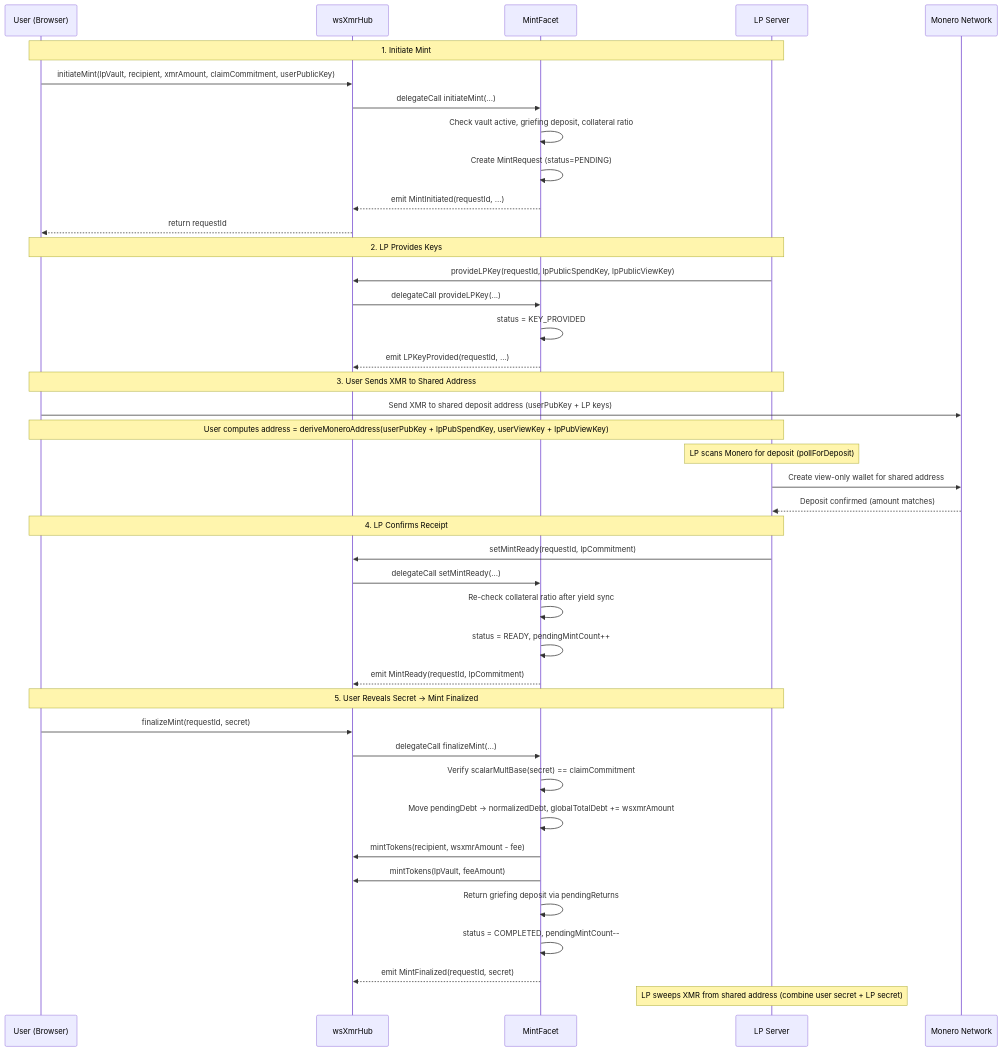
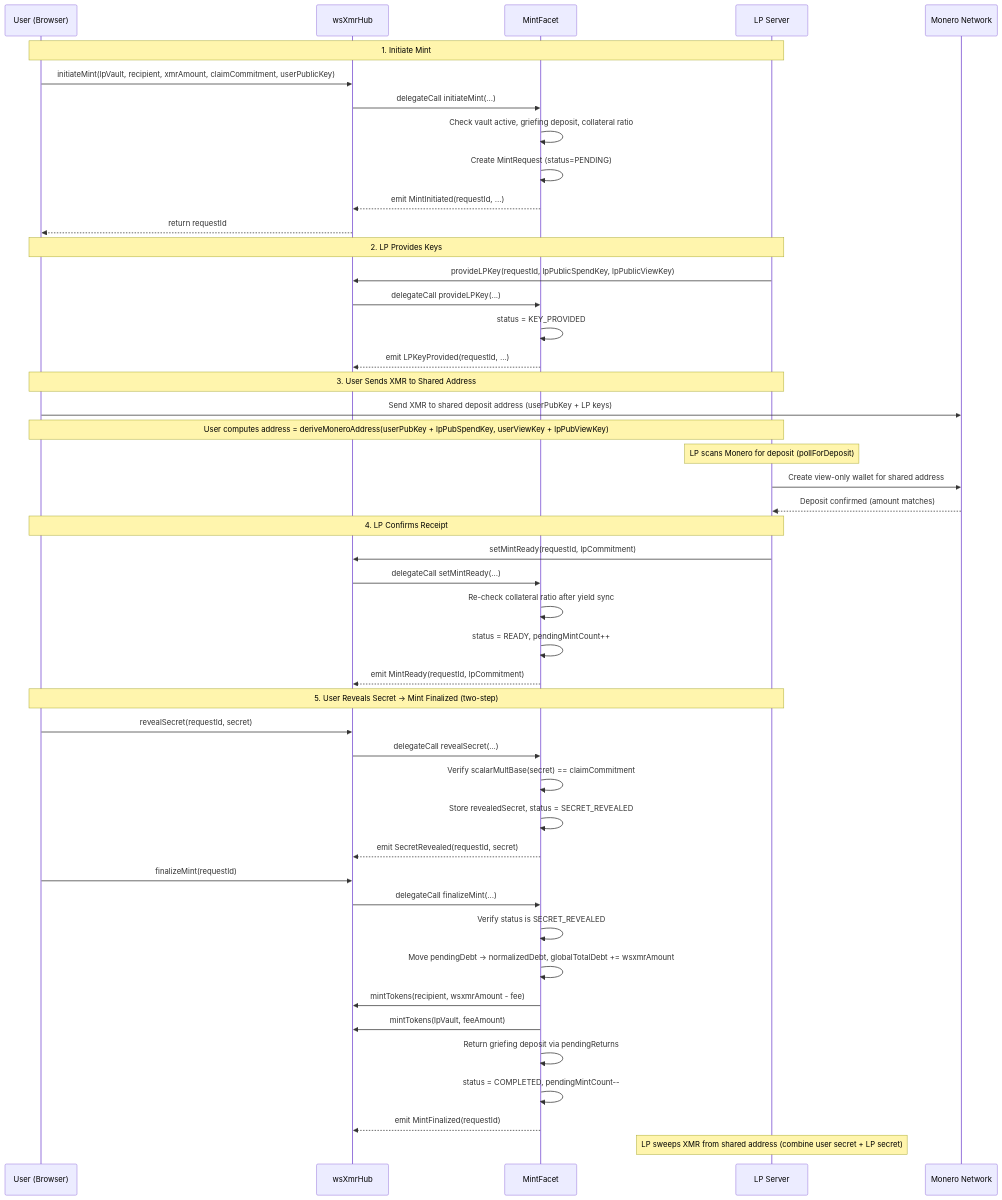
Diagram 20 of 27 in docs/sequenceDiagrams.md (madschristensen99/wrapsynth), drawn with Mermaid before and after one commit. The commit also changed other lines of this file and 5 other files, not shown here.

Commit message:
Update frontend contract addresses, Monero SVG, sequence diagrams, README beta status + Aave Arc launch

````diff
--- a/docs/sequenceDiagrams.md
+++ b/docs/sequenceDiagrams.md
@@ -947,50 +955,56 @@
 ```mermaid
 sequenceDiagram
     participant User as User (Browser)
     participant Hub as wsXmrHub
     participant Mint as MintFacet
     participant LP as LP Server
     participant XMR as Monero Network
 
     Note over User,LP: 1. Initiate Mint
     User->>Hub: initiateMint(lpVault, recipient, xmrAmount, claimCommitment, userPublicKey)
     Hub->>Mint: delegateCall initiateMint(...)
     Mint->>Mint: Check vault active, griefing deposit, collateral ratio
     Mint->>Mint: Create MintRequest (status=PENDING)
     Mint-->>Hub: emit MintInitiated(requestId, ...)
     Hub-->>User: return requestId
 
     Note over User,LP: 2. LP Provides Keys
     LP->>Hub: provideLPKey(requestId, lpPublicSpendKey, lpPublicViewKey)
     Hub->>Mint: delegateCall provideLPKey(...)
     Mint->>Mint: status = KEY_PROVIDED
     Mint-->>Hub: emit LPKeyProvided(requestId, ...)
 
     Note over User,LP: 3. User Sends XMR to Shared Address
     User->>XMR: Send XMR to shared deposit address (userPubKey + LP keys)
     Note over User,LP: User computes address = deriveMoneroAddress(userPubKey + lpPubSpendKey, userViewKey + lpPubViewKey)
 
     Note over LP: LP scans Monero for deposit (pollForDeposit)
     LP->>XMR: Create view-only wallet for shared address
     XMR-->>LP: Deposit confirmed (amount matches)
 
     Note over User,LP: 4. LP Confirms Receipt
     LP->>Hub: setMintReady(requestId, lpCommitment)
     Hub->>Mint: delegateCall setMintReady(...)
     Mint->>Mint: Re-check collateral ratio after yield sync
     Mint->>Mint: status = READY, pendingMintCount++
     Mint-->>Hub: emit MintReady(requestId, lpCommitment)
 
-    Note over User,LP: 5. User Reveals Secret → Mint Finalized
-    User->>Hub: finalizeMint(requestId, secret)
+    Note over User,LP: 5. User Reveals Secret → Mint Finalized (two-step)
+    User->>Hub: revealSecret(requestId, secret)
+    Hub->>Mint: delegateCall revealSecret(...)
+    Mint->>Mint: Verify scalarMultBase(secret) == claimCommitment
+    Mint->>Mint: Store revealedSecret, status = SECRET_REVEALED
+    Mint-->>Hub: emit SecretRevealed(requestId, secret)
+
+    User->>Hub: finalizeMint(requestId)
     Hub->>Mint: delegateCall finalizeMint(...)
-    Mint->>Mint: Verify scalarMultBase(secret) == claimCommitment
+    Mint->>Mint: Verify status is SECRET_REVEALED
     Mint->>Mint: Move pendingDebt → normalizedDebt, globalTotalDebt += wsxmrAmount
     Mint->>Hub: mintTokens(recipient, wsxmrAmount - fee)
     Mint->>Hub: mintTokens(lpVault, feeAmount)
     Mint->>Mint: Return griefing deposit via pendingReturns
     Mint->>Mint: status = COMPLETED, pendingMintCount--
-    Mint-->>Hub: emit MintFinalized(requestId, secret)
+    Mint-->>Hub: emit MintFinalized(requestId)
 
     Note over LP: LP sweeps XMR from shared address (combine user secret + LP secret)
 ```
````
